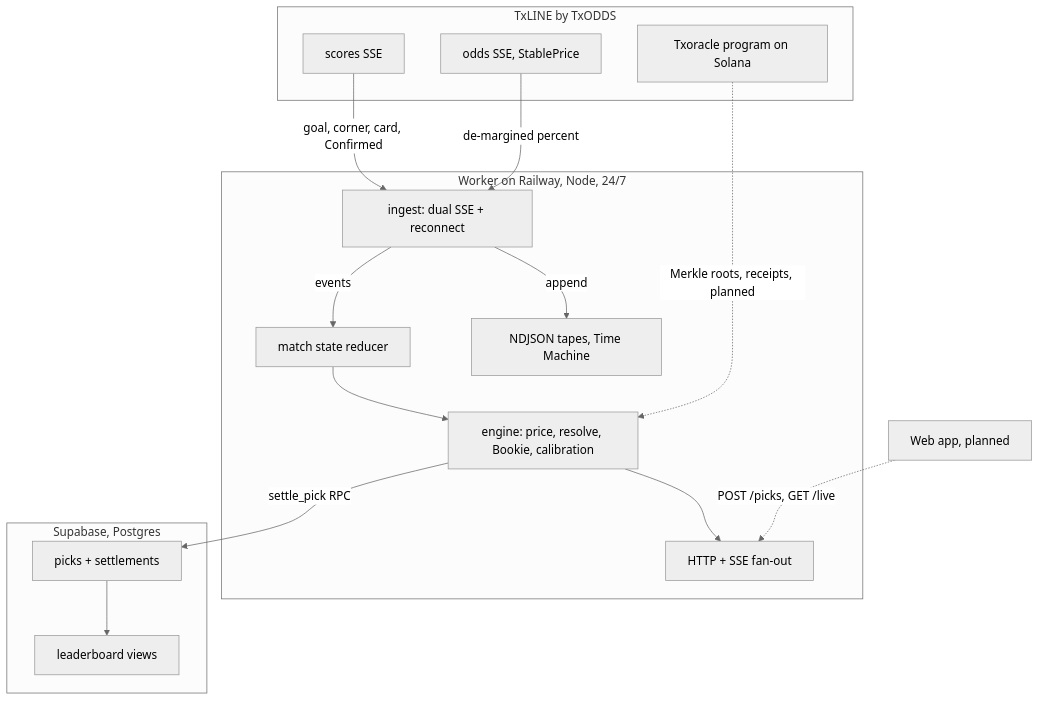
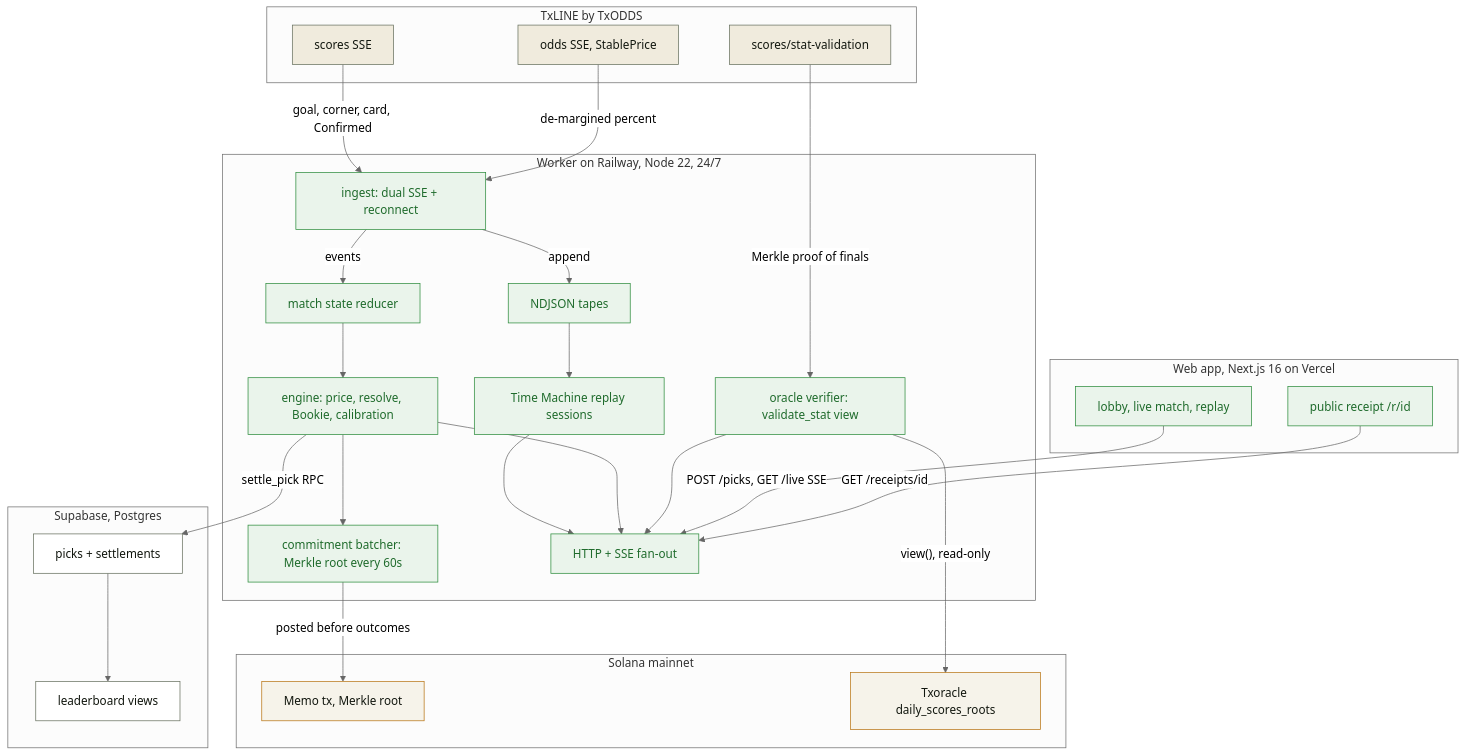
The diagram in README.md (Andy00L/called-it), drawn with Mermaid (neutral theme) before and after one commit. The commit also changed other lines of this file and 4 other files, not shown here.

````diff
--- a/README.md
+++ b/README.md
@@ -72,29 +77,55 @@
 ```mermaid
 flowchart TD
     subgraph txline["TxLINE by TxODDS"]
         scores["scores SSE"]
         odds["odds SSE, StablePrice"]
-        oracle["Txoracle program on Solana"]
+        statval["scores/stat-validation"]
     end
-    subgraph worker["Worker on Railway, Node, 24/7"]
+    subgraph worker["Worker on Railway, Node 22, 24/7"]
         ingest["ingest: dual SSE + reconnect"]
         state["match state reducer"]
         engine["engine: price, resolve, Bookie, calibration"]
-        tapes["NDJSON tapes, Time Machine"]
+        commit["commitment batcher: Merkle root every 60s"]
+        verify["oracle verifier: validate_stat view"]
+        tapes["NDJSON tapes"]
+        replay["Time Machine replay sessions"]
         fanout["HTTP + SSE fan-out"]
         ingest -->|"events"| state
         state --> engine
         ingest -->|"append"| tapes
+        tapes --> replay
+        replay --> fanout
         engine --> fanout
+        engine --> commit
+        verify --> fanout
     end
     subgraph db["Supabase, Postgres"]
         picks["picks + settlements"]
         boards["leaderboard views"]
     end
+    subgraph web["Web app, Next.js 16 on Vercel"]
+        lobby["lobby, live match, replay"]
+        receipt["public receipt /r/id"]
+    end
+    subgraph solana["Solana mainnet"]
+        memo["Memo tx, Merkle root"]
+        txoracle["Txoracle daily_scores_roots"]
+    end
     scores -->|"goal, corner, card, Confirmed"| ingest
     odds -->|"de-margined percent"| ingest
     engine -->|"settle_pick RPC"| picks
     picks --> boards
-    oracle -. "Merkle roots, receipts, planned" .-> engine
-    web["Web app, planned"] -. "POST /picks, GET /live" .-> fanout
+    commit -->|"posted before outcomes"| memo
+    statval -->|"Merkle proof of finals"| verify
+    verify -->|"view(), read-only"| txoracle
+    lobby -->|"POST /picks, GET /live SSE"| fanout
+    receipt -->|"GET /receipts/id"| fanout
+    classDef feed fill:#F0EBDD,stroke:#67705F,color:#12170F
+    classDef svc fill:#EAF4EB,stroke:#2C8C3C,color:#1F6B2C
+    classDef store fill:#FFFFFF,stroke:#67705F,color:#12170F
+    classDef chain fill:#F6F3EA,stroke:#B87514,color:#12170F
+    class scores,odds,statval feed
+    class ingest,state,engine,commit,verify,tapes,replay,fanout,lobby,receipt svc
+    class picks,boards store
+    class memo,txoracle chain
 ```
````
